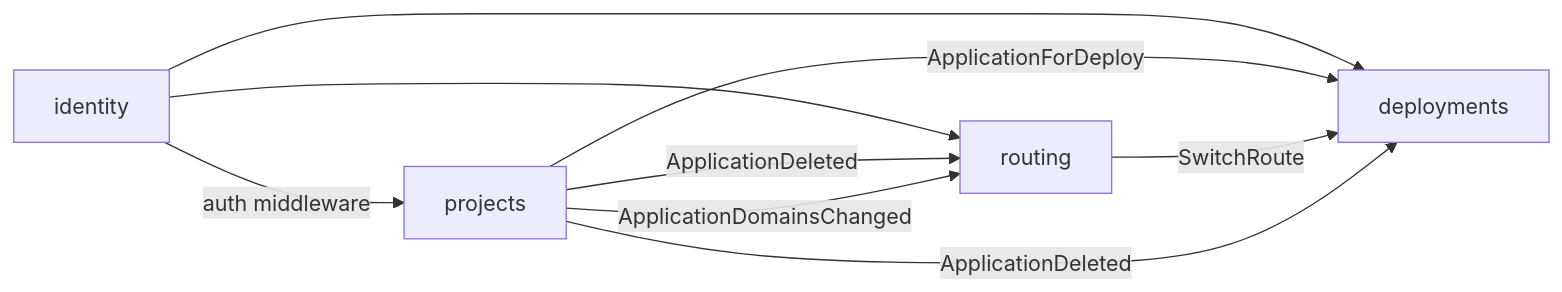
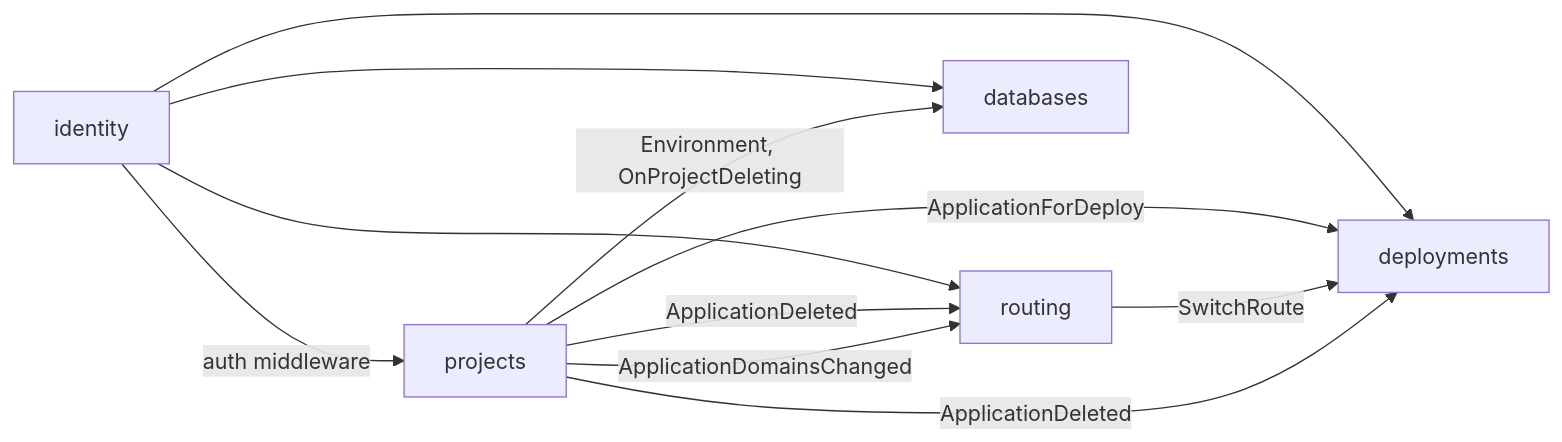
The diagram in docs/domain/context-map.md (jevido/bakery), drawn with Mermaid before and after one commit. The commit also changed other lines of this file and 3 other files, not shown here.

````diff
--- a/docs/domain/context-map.md
+++ b/docs/domain/context-map.md
@@ -40,11 +42,13 @@
 ```mermaid
 flowchart LR
   identity -->|auth middleware| projects
   identity --> deployments
   identity --> routing
   projects -->|ApplicationForDeploy| deployments
   routing -->|SwitchRoute| deployments
   projects -->|ApplicationDeleted| routing
   projects -->|ApplicationDeleted| deployments
   projects -->|ApplicationDomainsChanged| routing
+  identity --> databases
+  projects -->|Environment, OnProjectDeleting| databases
 ```
````
